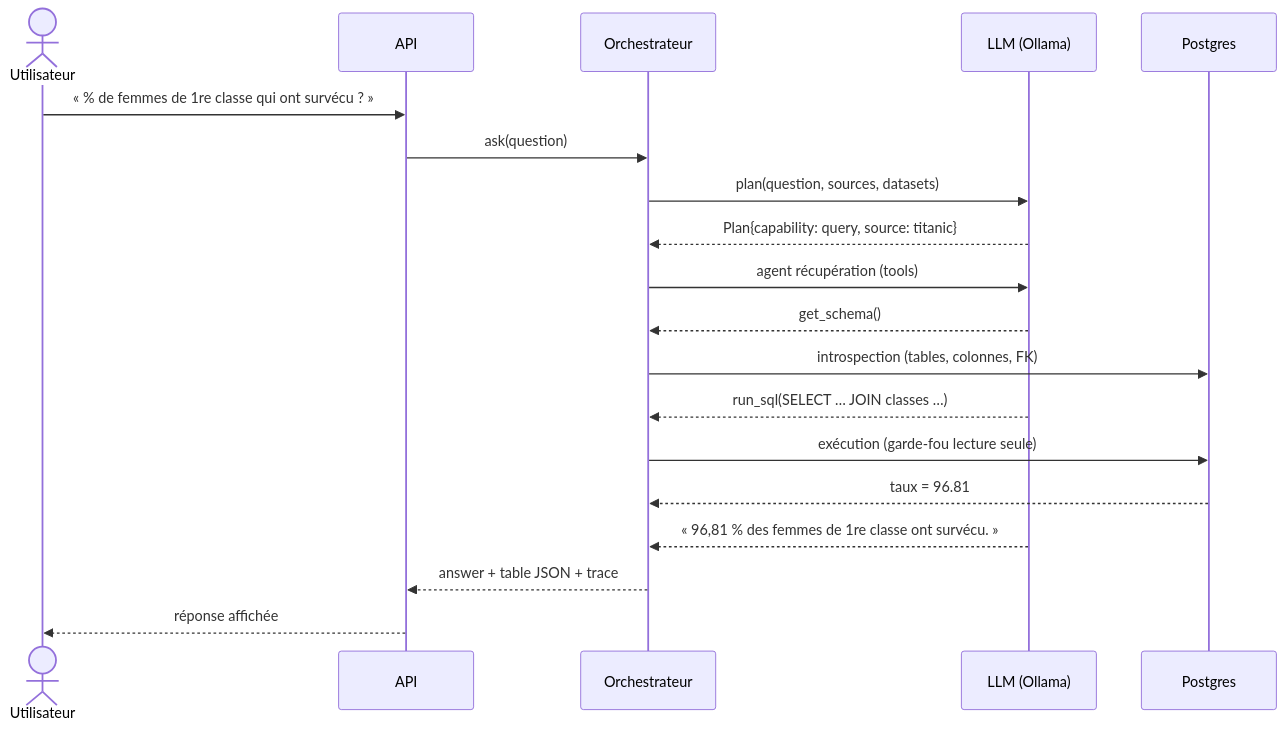
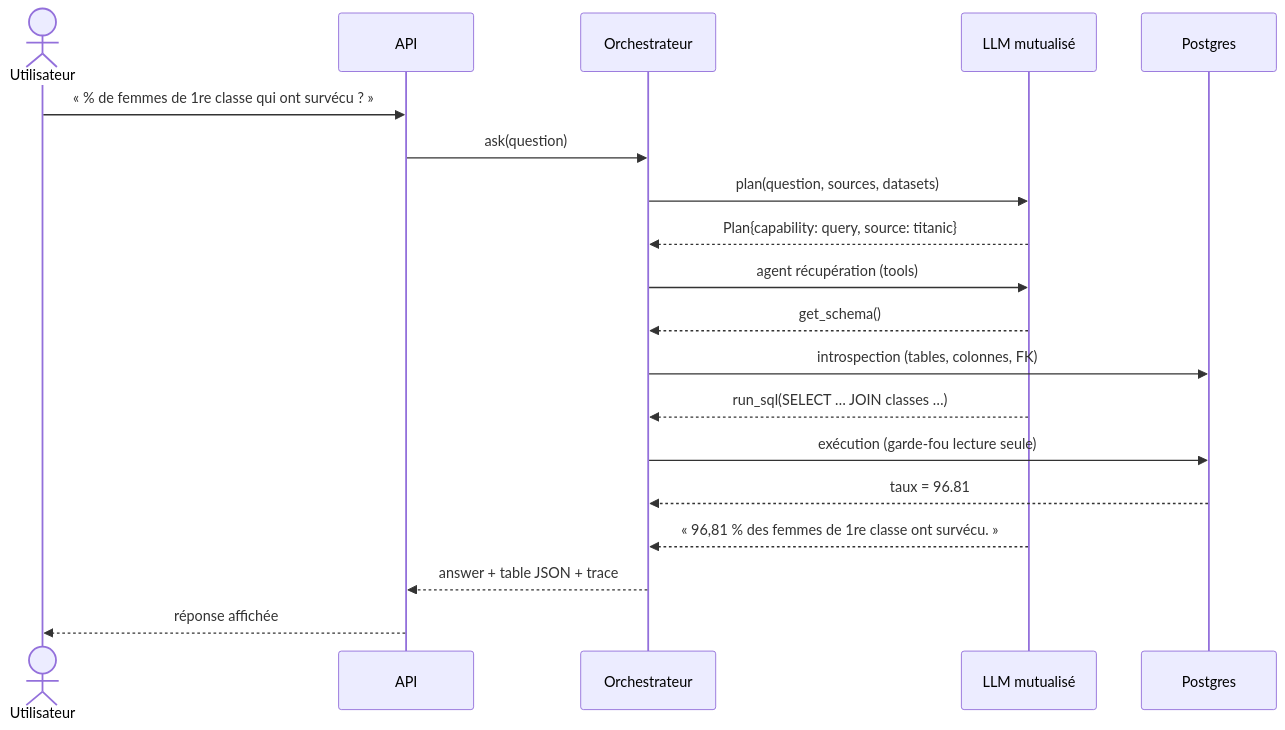
Before and after one commit to floSa/data-analyst-agent: the third of 3 diagrams in docs/ARCHITECTURE.md, drawn with Mermaid. The commit also changed other lines of this file and 3 other files, not shown here.

````diff
--- a/docs/ARCHITECTURE.md
+++ b/docs/ARCHITECTURE.md
@@ -95,22 +106,22 @@
 ```mermaid
 sequenceDiagram
     actor U as Utilisateur
     participant A as API
     participant O as Orchestrateur
-    participant L as LLM (Ollama)
+    participant L as LLM mutualisé
     participant P as Postgres
 
     U->>A: « % de femmes de 1re classe qui ont survécu ? »
     A->>O: ask(question)
     O->>L: plan(question, sources, datasets)
     L-->>O: Plan{capability: query, source: titanic}
     O->>L: agent récupération (tools)
     L-->>O: get_schema()
     O->>P: introspection (tables, colonnes, FK)
     L-->>O: run_sql(SELECT … JOIN classes …)
     O->>P: exécution (garde-fou lecture seule)
     P-->>O: taux = 96.81
     L-->>O: « 96,81 % des femmes de 1re classe ont survécu. »
     O-->>A: answer + table JSON + trace
     A-->>U: réponse affichée
 ```
````
